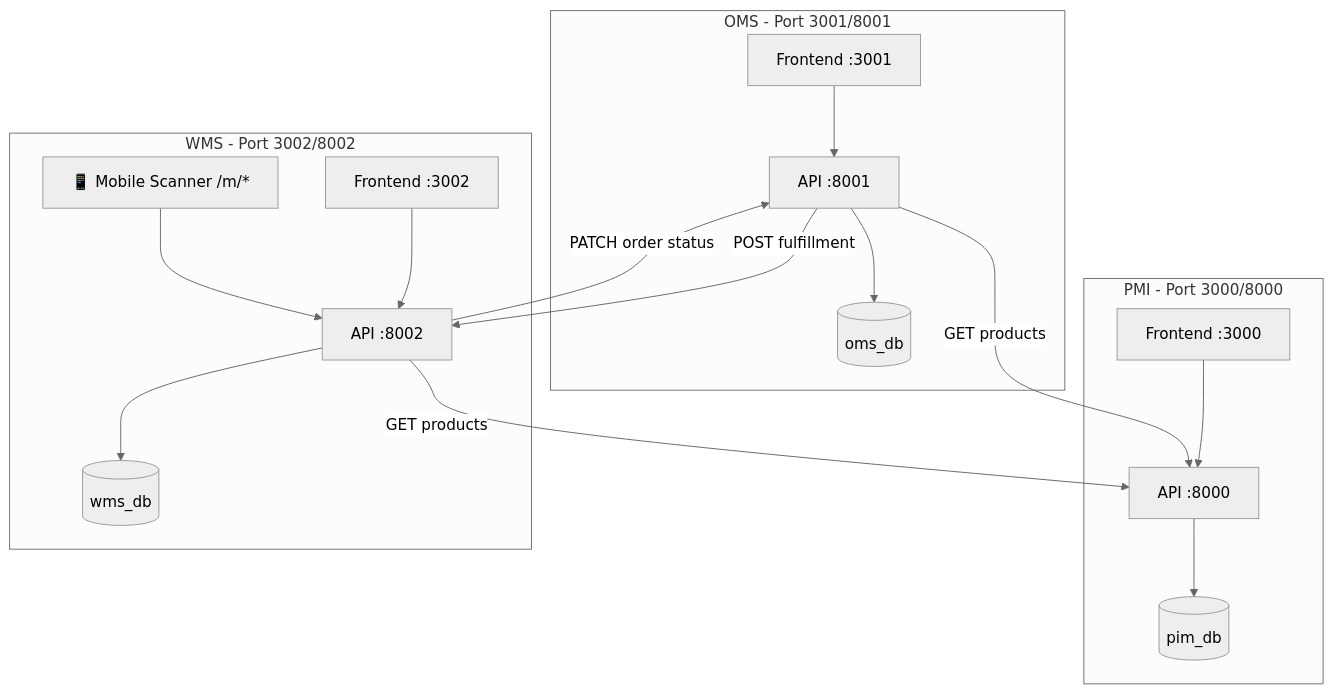
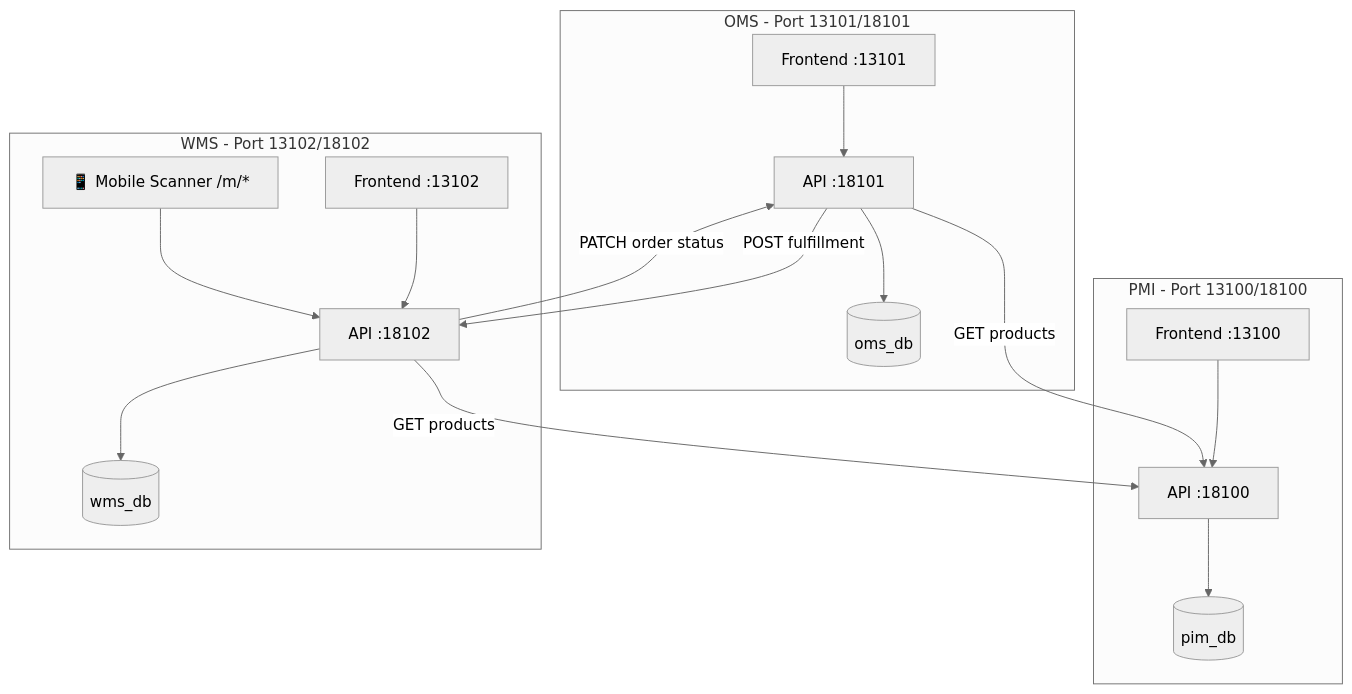
The first of 8 diagrams in PMI/docs/Thiết Kế Hệ Thống.md (lupca/topvnsport), drawn with Mermaid (neutral theme) before and after one commit. The commit also changed other lines of this file and 17 other files, not shown here.

````diff
--- a/PMI/docs/Thiết Kế Hệ Thống.md
+++ b/PMI/docs/Thiết Kế Hệ Thống.md
@@ -25,30 +25,30 @@
 ```mermaid
 graph TB
-    subgraph "PMI - Port 3000/8000"
-        PMI_FE["Frontend :3000"]
-        PMI_API["API :8000"]
+    subgraph "PMI - Port 13100/18100"
+        PMI_FE["Frontend :13100"]
+        PMI_API["API :18100"]
         PMI_DB[("pim_db")]
         PMI_FE --> PMI_API --> PMI_DB
     end
 
-    subgraph "OMS - Port 3001/8001"
-        OMS_FE["Frontend :3001"]
-        OMS_API["API :8001"]
+    subgraph "OMS - Port 13101/18101"
+        OMS_FE["Frontend :13101"]
+        OMS_API["API :18101"]
         OMS_DB[("oms_db")]
         OMS_FE --> OMS_API --> OMS_DB
     end
 
-    subgraph "WMS - Port 3002/8002"
-        WMS_FE["Frontend :3002"]
+    subgraph "WMS - Port 13102/18102"
+        WMS_FE["Frontend :13102"]
         WMS_MOBILE["📱 Mobile Scanner /m/*"]
-        WMS_API["API :8002"]
+        WMS_API["API :18102"]
         WMS_DB[("wms_db")]
         WMS_FE --> WMS_API --> WMS_DB
         WMS_MOBILE --> WMS_API
     end
 
     OMS_API -->|"GET products"| PMI_API
     OMS_API -->|"POST fulfillment"| WMS_API
     WMS_API -->|"GET products"| PMI_API
     WMS_API -->|"PATCH order status"| OMS_API
 ```
````
